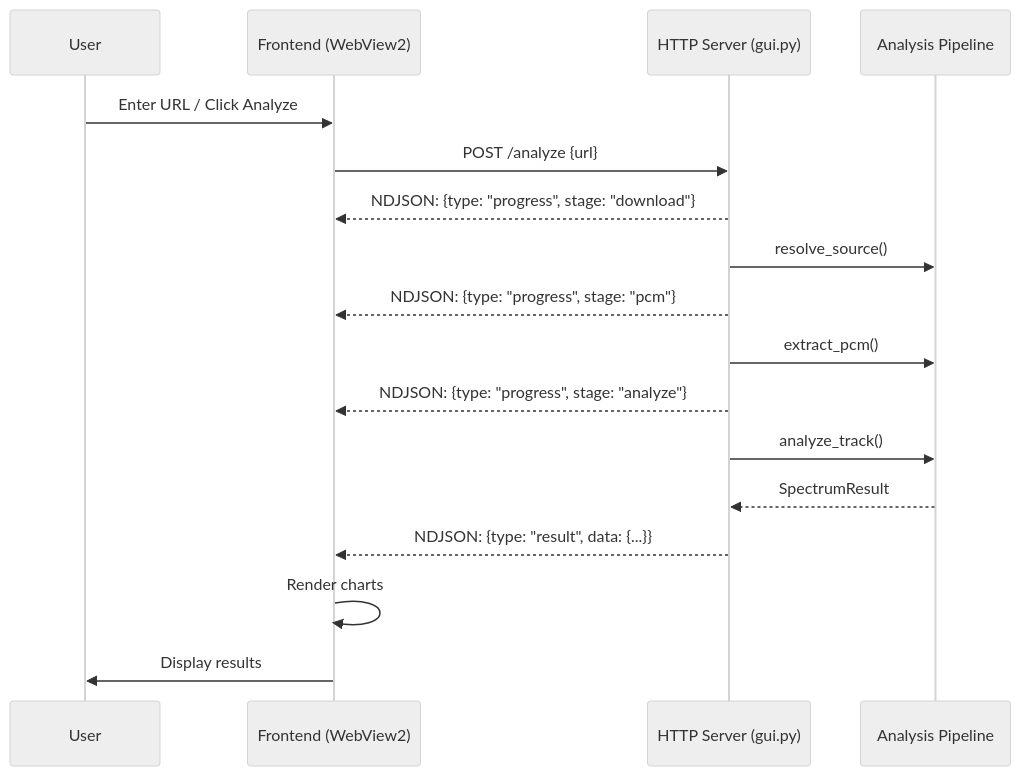
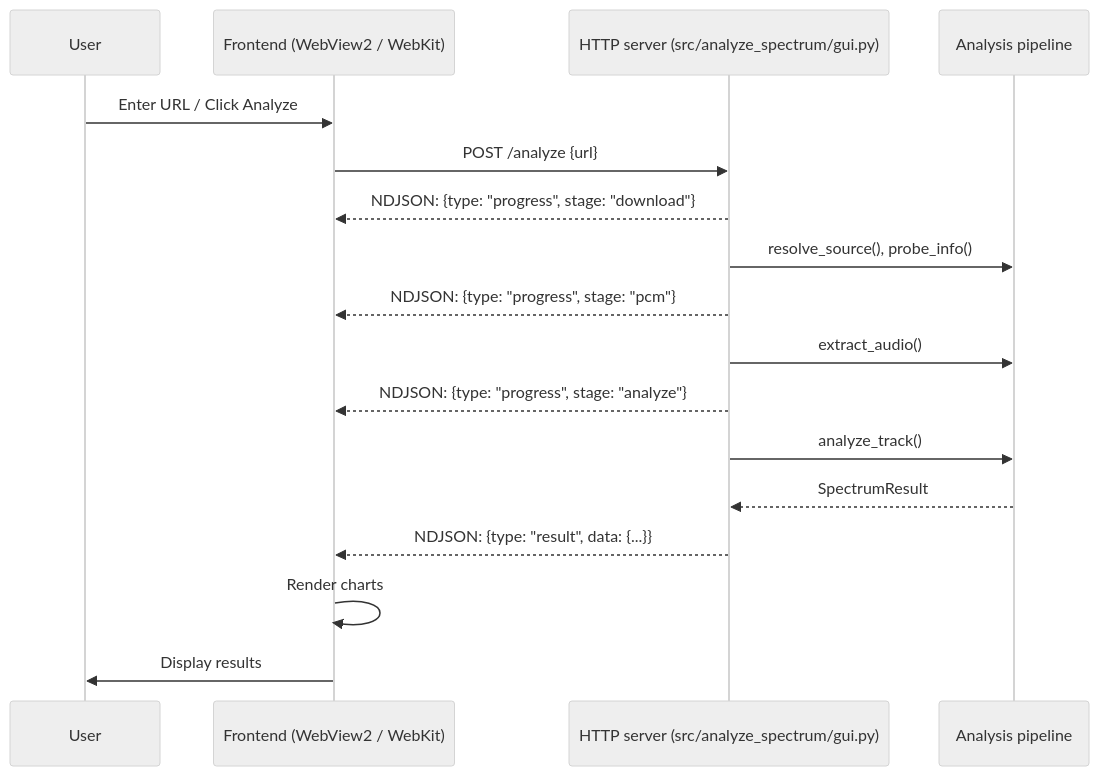
Before and after one commit to semnil/analyze-spectrum: the sixth of 18 diagrams in docs/architecture.md, drawn with Mermaid (neutral theme). The commit also changed other lines of this file and 7 other files, not shown here.

````diff
--- a/docs/architecture.md
+++ b/docs/architecture.md
@@ -164,20 +177,20 @@
 ```mermaid
 sequenceDiagram
     participant U as User
-    participant FE as Frontend (WebView2)
-    participant SRV as HTTP Server (gui.py)
-    participant PIPE as Analysis Pipeline
+    participant FE as Frontend (WebView2 / WebKit)
+    participant SRV as HTTP server (src/analyze_spectrum/gui.py)
+    participant PIPE as Analysis pipeline
 
     U->>FE: Enter URL / Click Analyze
     FE->>SRV: POST /analyze {url}
     SRV-->>FE: NDJSON: {type: "progress", stage: "download"}
-    SRV->>PIPE: resolve_source()
+    SRV->>PIPE: resolve_source(), probe_info()
     SRV-->>FE: NDJSON: {type: "progress", stage: "pcm"}
-    SRV->>PIPE: extract_pcm()
+    SRV->>PIPE: extract_audio()
     SRV-->>FE: NDJSON: {type: "progress", stage: "analyze"}
     SRV->>PIPE: analyze_track()
     PIPE-->>SRV: SpectrumResult
     SRV-->>FE: NDJSON: {type: "result", data: {...}}
     FE->>FE: Render charts
     FE->>U: Display results
 ```
````
